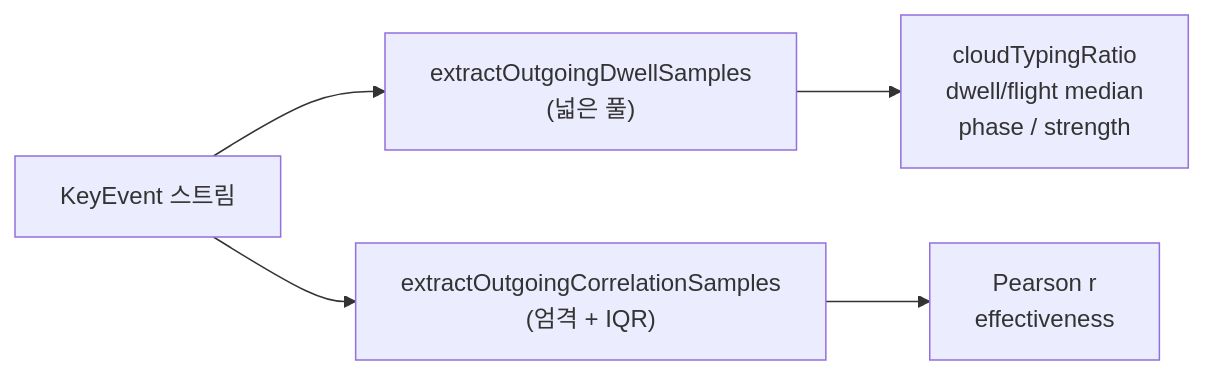
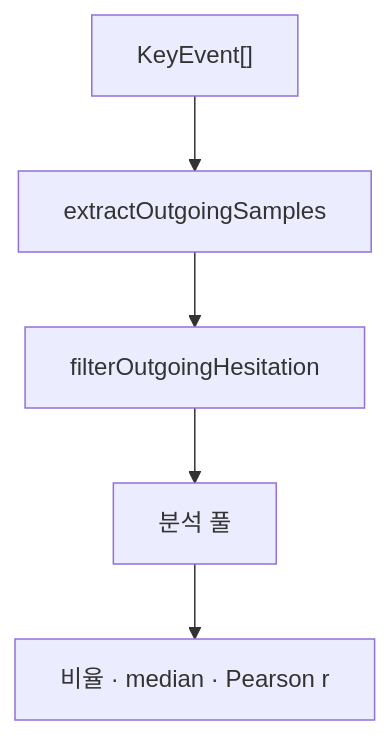
Before and after one commit to JSkutor/typediag: the second of 3 diagrams in docs/DIAGNOSTICS.md, drawn with Mermaid. The commit also changed other lines of this file and 16 other files, not shown here.

First line of the commit message:
feat(diagnostics): implement cloud typing with unified pool and |ND| model

````diff
--- a/docs/DIAGNOSTICS.md
+++ b/docs/DIAGNOSTICS.md
@@ -175,8 +153,8 @@
 ```mermaid
-flowchart LR
-    Events[KeyEvent 스트림]
-    Events --> OutBroad["extractOutgoingDwellSamples\n(넓은 풀)"]
-    Events --> OutStrict["extractOutgoingCorrelationSamples\n(엄격 + IQR)"]
-    OutBroad --> Ratio["cloudTypingRatio\n dwell/flight median\n phase / strength"]
-    OutStrict --> Corr["Pearson r\n effectiveness"]
+flowchart TD
+    Events["KeyEvent[]"]
+    Events --> Raw[extractOutgoingSamples]
+    Raw --> IQR[filterOutgoingHesitation]
+    IQR --> Pool["분석 풀"]
+    Pool --> Out["비율 · median · Pearson r"]
 ```
````
